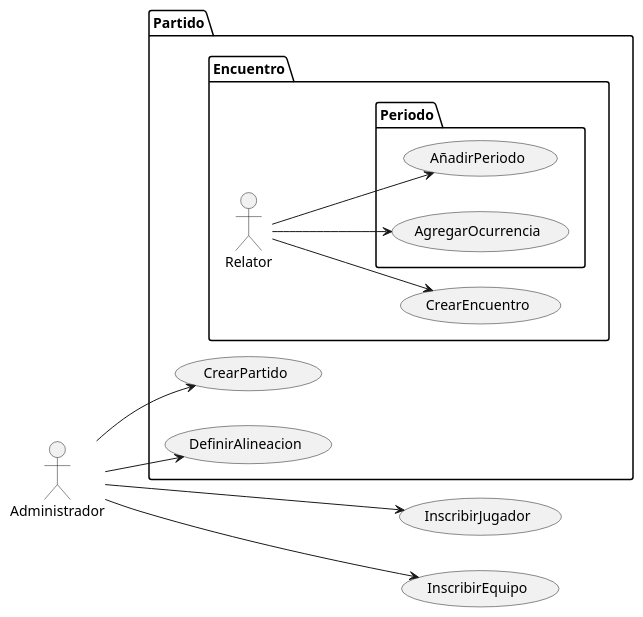
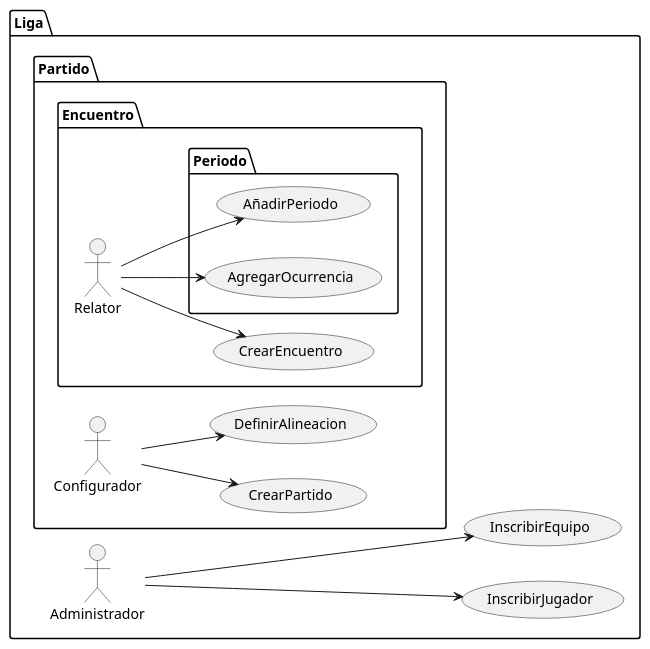
The diagram in actividades/002-appFutbol/ibuprofenoFernandez/casosDeUso.puml (ibuprofenofernandez/IdSw1-22-23), drawn with PlantUML before and after one commit. The commit also changed 1 other file, not shown here.

```diff
--- a/actividades/002-appFutbol/ibuprofenoFernandez/casosDeUso.puml
+++ b/actividades/002-appFutbol/ibuprofenoFernandez/casosDeUso.puml
@@ -1,40 +1,46 @@
 @startuml
 left to right direction
 
-actor Administrador
-usecase InscribirJugador
-usecase InscribirEquipo
+package Liga {
 
-Administrador ---> InscribirEquipo
-Administrador ---> InscribirJugador
+    actor Administrador    
+
+    usecase InscribirJugador
+    usecase InscribirEquipo
+
+    Administrador ---> InscribirEquipo
+    Administrador ---> InscribirJugador
+
+    package Partido {
+
+        actor Configurador
+
+        usecase CrearPartido
+        usecase DefinirAlineacion
+
+        Configurador --> CrearPartido
+        Configurador --> DefinirAlineacion
 
 
-package Partido {
+        package Encuentro {
 
-usecase CrearPartido
-usecase DefinirAlineacion
-Administrador --> CrearPartido
-Administrador --> DefinirAlineacion
+            actor Relator
+            usecase CrearEncuentro
 
+            Relator --> CrearEncuentro
 
-package Encuentro {
+            package Periodo {
+                usecase AñadirPeriodo
+                useCase AgregarOcurrencia
 
-actor Relator
-usecase CrearEncuentro
+                Relator --> AñadirPeriodo
+                Relator --> AgregarOcurrencia
 
-Relator --> CrearEncuentro
+            }
 
-package Periodo {
-usecase AñadirPeriodo
-useCase AgregarOcurrencia
+        }
 
-Relator --> AñadirPeriodo
-Relator --> AgregarOcurrencia
-
-}
-
-}
-
+    }
 }
 
 @enduml
```
